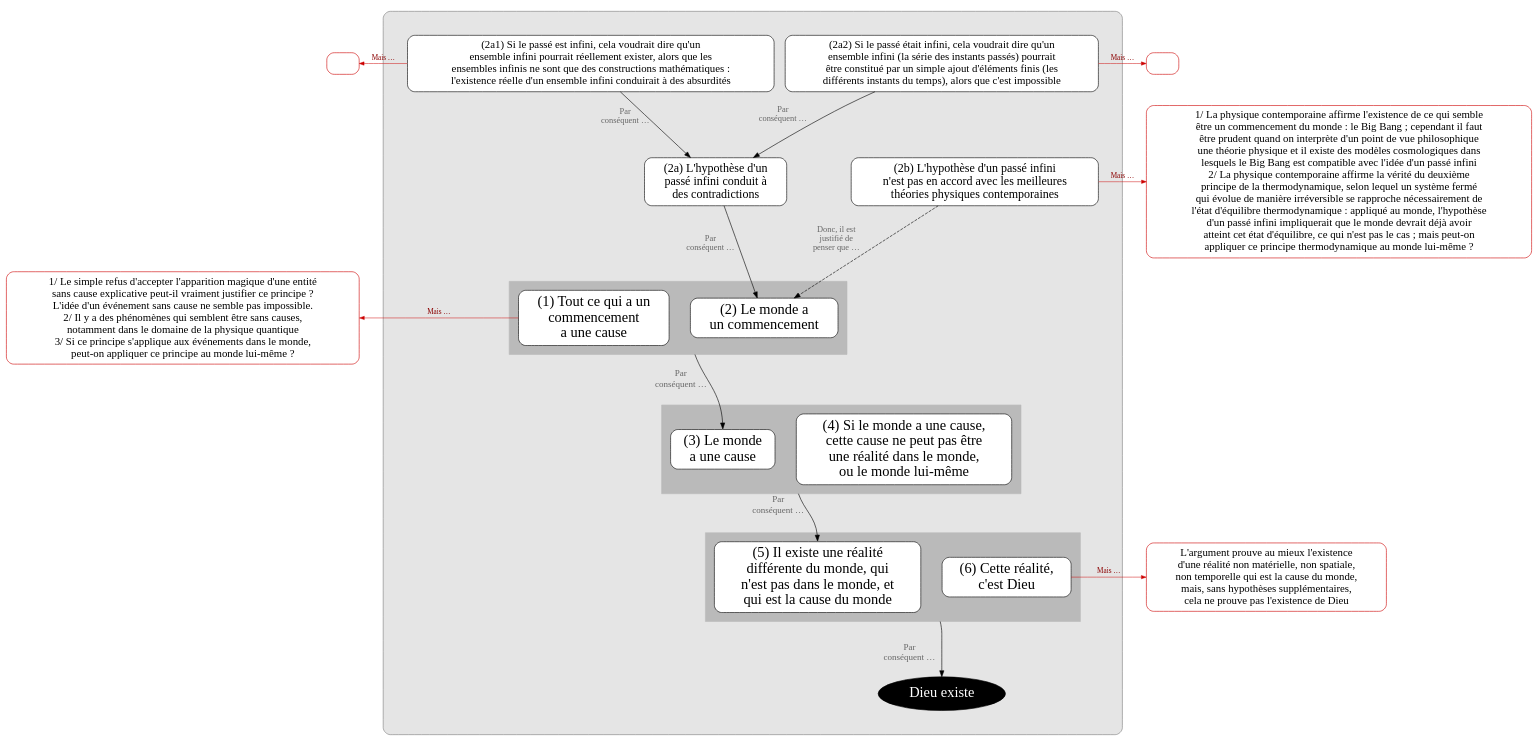
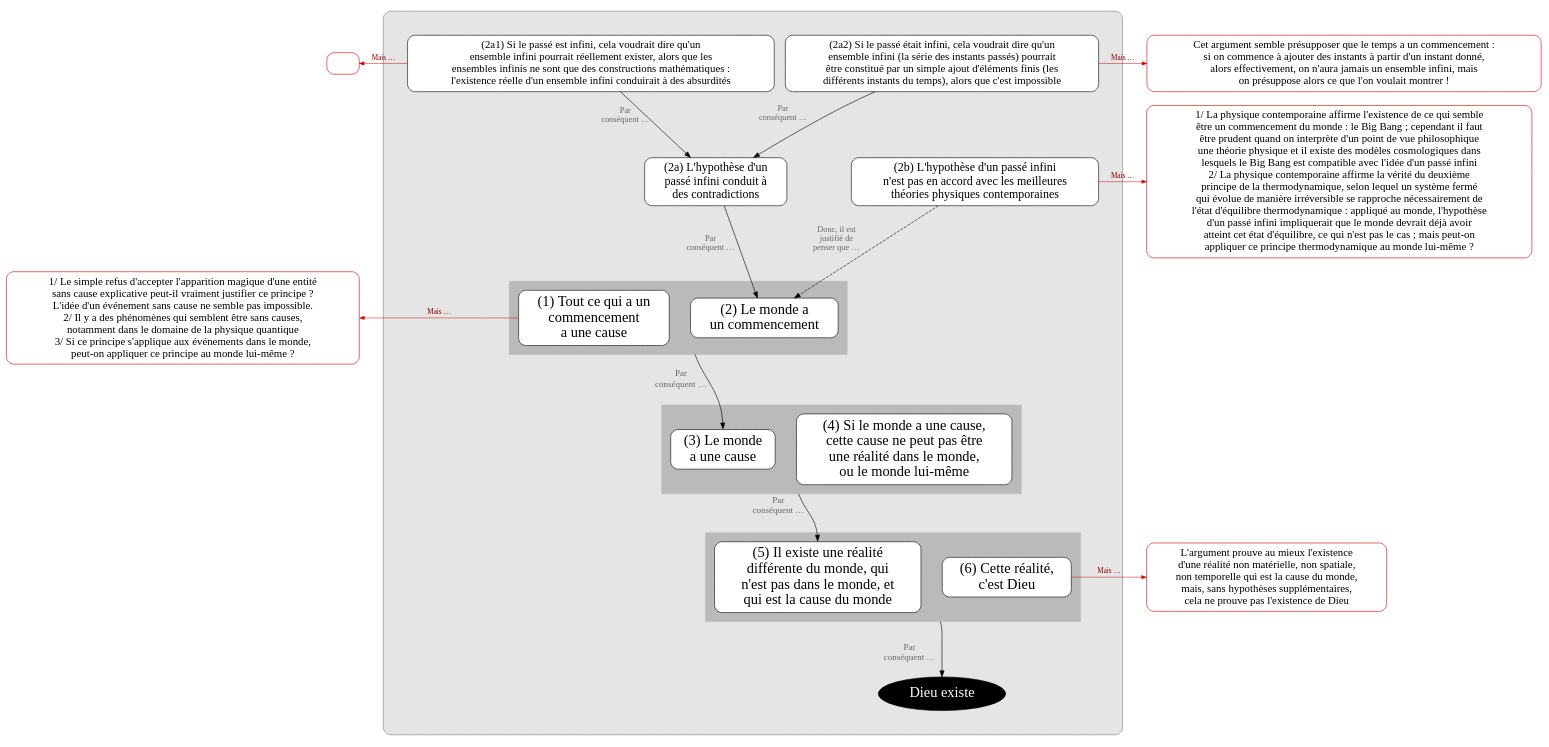
The diagram in argument/argument-cosmologique2.dot (eyssette/graphviz-examples), drawn with Graphviz before and after one commit.

```diff
--- a/argument/argument-cosmologique2.dot
+++ b/argument/argument-cosmologique2.dot
@@ -1,154 +1,157 @@
 digraph G {
 splines=true
 newrank=true
 compound=true
 ranksep=0.3
 
 node[color=red3, style="rounded, filled", shape="box", fillcolor=white, penwidth=1, fontcolor=black, fontsize=18, margin=0.1]
 
 o2a1[label=""]
 
 o1[label="1/ Le simple refus d'accepter l'apparition magique d'une entité
 sans cause explicative peut-il vraiment justifier ce principe ?
 L'idée d'un événement sans cause ne semble pas impossible.
 2/ Il y a des phénomènes qui semblent être sans causes,
 notamment dans le domaine de la physique quantique
 3/ Si ce principe s'applique aux événements dans le monde,
 peut-on appliquer ce principe au monde lui-même ?"]
 
 node[shape=box, fillcolor=white, style="filled,rounded", color=black, fontsize=24, penwidth=1,fontcolor=black, margin=0.1]
 edge[minlen=2,color=red3, penwidth=0.8, arrowsize=0.8, label=" Mais …", fontcolor=red4,fontsize=12]
 {rank=same;o1->p1[dir=back]}
 
 
 
 
 subgraph cluster_0 {
 bgcolor=grey90
 style=rounded
 color=grey50
 margin=40
 
 
 
 node[shape=box, fillcolor=white, style="filled,rounded", color=black]
 edge[label="",xlabel="Par
 conséquent …",fontcolor=grey40;fontsize=15,minlen=3,color=black,penwidth=1, arrowsize=1]
 
 
 {
 node[fontsize=18]
 p2a2[label="(2a2) Si le passé était infini, cela voudrait dire qu'un
 ensemble infini (la série des instants passés) pourrait
 être constitué par un simple ajout d'éléments finis (les
 différents instants du temps), alors que c'est impossible"]
 p2a1[label="(2a1) Si le passé est infini, cela voudrait dire qu'un
 ensemble infini pourrait réellement exister, alors que les
 ensembles infinis ne sont que des constructions mathématiques :
 l'existence réelle d'un ensemble infini conduirait à des absurdités"]
 node[fontsize=20]
 p2b[label="(2b) L'hypothèse d'un passé infini
 n'est pas en accord avec les meilleures
 théories physiques contemporaines"]
 p2a[label="(2a) L'hypothèse d'un
 passé infini conduit à 
 des contradictions"]
 }
 
 p2a2->p2a[minlen=1, fontsize=14]
 p2a1->p2a[minlen=1, fontsize=14]
 p2a->p2[minlen=1, fontsize=14]
 p2b->p2[style="dashed", xlabel="Donc, il est
 justifié de
 penser que …",minlen=1, fontsize=14]
 {rank=same;p2a->p2b[style=invis,minlen=3]}
 
 subgraph cluster_1 {
 style="box"
 margin=15
 bgcolor=grey73
 color=grey73
 p1[label="(1) Tout ce qui a un
 commencement
 a une cause"]
 
 p2[label="(2) Le monde a
 un commencement"]
 }
 
 //p1->p2[style=invis,xlabel="",minlen=1]
 {rank=same;p1->p2[style=invis,xlabel="",minlen=1]}
 
 p2:w->p3:n[ltail=cluster_1]
 //p2:w->p3:n[ltail=cluster_1]
 
 
 subgraph cluster_2 {
 style="box"
 margin=15
 bgcolor=grey73
 color=grey73
 p3[label="(3) Le monde
 a une cause"]
 p4[label="(4) Si le monde a une cause,
 cette cause ne peut pas être
 une réalité dans le monde,
 ou le monde lui-même"]
 }
 {rank=same;p3->p4[style=invis,xlabel="",minlen=1]}
 
 p4:w->p5:n[ltail=cluster_2]
 
 
 subgraph cluster_3 {
 style="box"
 margin=15
 bgcolor=grey73
 color=grey73
 p5[label="(5) Il existe une réalité
 différente du monde, qui
 n'est pas dans le monde, et
 qui est la cause du monde"]
 p6[label="(6) Cette réalité,
 c'est Dieu"]
 }
 
 {rank=same;p5->p6[style=invis,xlabel="",minlen=1]}
 
 p6:w->C:n[ltail=cluster_3,minlen=4]
 
 C[label="Dieu existe",fillcolor=black, fontcolor=white, color=black, shape=ellipse]
 
 
 }
 
 node[color=red3, style="rounded, filled", shape="box", fillcolor=white, penwidth=1, fontcolor=black, fontsize=18, margin=0.1]
 
 o2b[label="1/ La physique contemporaine affirme l'existence de ce qui semble
 être un commencement du monde : le Big Bang ; cependant il faut
 être prudent quand on interprète d'un point de vue philosophique
 une théorie physique et il existe des modèles cosmologiques dans
 lesquels le Big Bang est compatible avec l'idée d'un passé infini
 2/ La physique contemporaine affirme la vérité du deuxième
 principe de la thermodynamique, selon lequel un système fermé
 qui évolue de manière irréversible se rapproche nécessairement de
 l'état d'équilibre thermodynamique : appliqué au monde, l'hypothèse
 d'un passé infini impliquerait que le monde devrait déjà avoir
 atteint cet état d'équilibre, ce qui n'est pas le cas ; mais peut-on
 appliquer ce principe thermodynamique au monde lui-même ?"]
 {rank=same;p2b->o2b}
 
 o6[label="L'argument prouve au mieux l'existence
 d'une réalité non matérielle, non spatiale,
 non temporelle qui est la cause du monde,
 mais, sans hypothèses supplémentaires,
 cela ne prouve pas l'existence de Dieu"]
 {rank=same;p6->o6}
 
-o2a2[label=""]
+o2a2[label="Cet argument semble présupposer que le temps a un commencement :
+si on commence à ajouter des instants à partir d'un instant donné,
+alors effectivement, on n'aura jamais un ensemble infini, mais
+on présuppose alors ce que l'on voulait montrer !"]
 
 {rank=same;p2a2->o2a2}
 
 {rank=same;o2a1->p2a1[dir=back]}
 
 }
```
